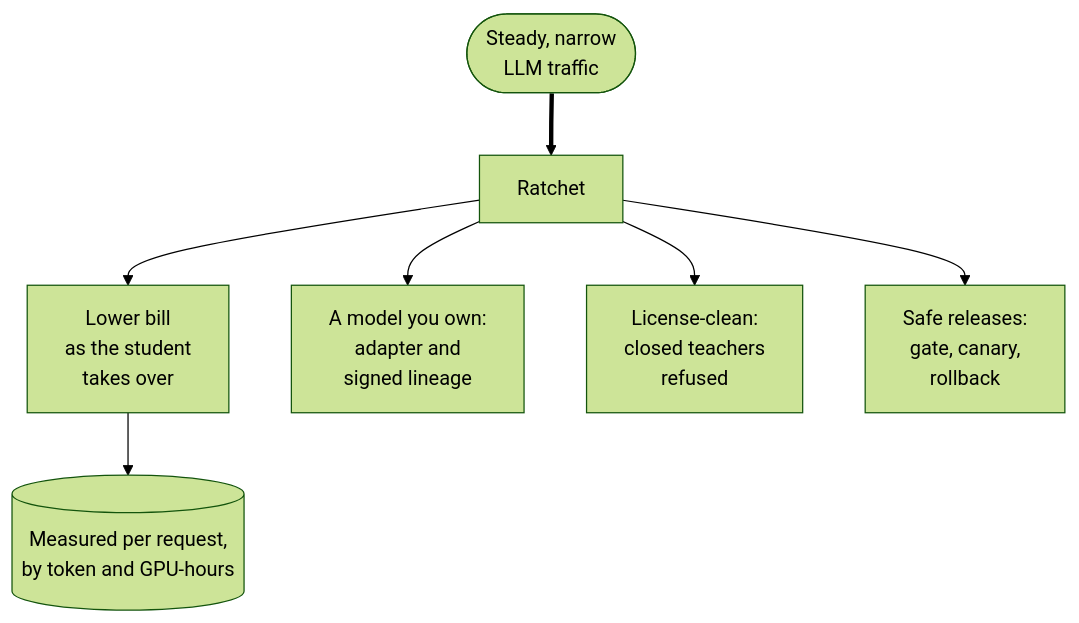
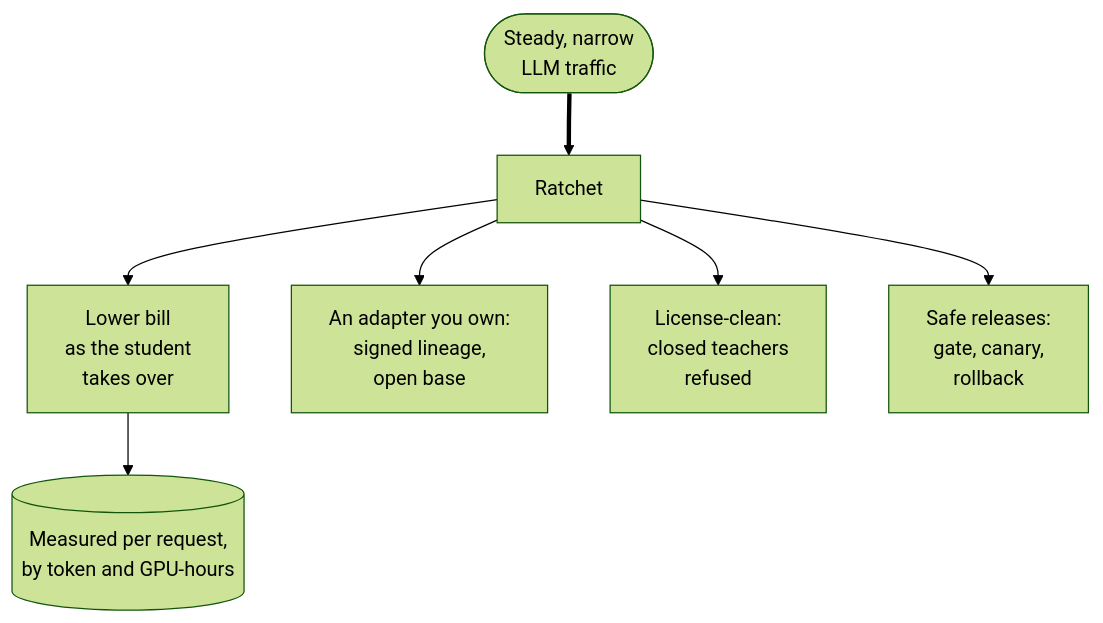
The first of 2 diagrams in docs-site/src/content/docs/guides/business.mdx (harshbhx/ratchet), drawn with Mermaid (forest theme) before and after one commit. The commit also changed other lines of this file and 155 other files, not shown here.

First line of the commit message:
Fix the review findings and add the architecture diagram (#39)

````diff
--- a/docs-site/src/content/docs/guides/business.mdx
+++ b/docs-site/src/content/docs/guides/business.mdx
@@ -35,12 +35,12 @@
 ```mermaid
 flowchart TB
   T(["Steady, narrow<br/>LLM traffic"]) ==> R["Ratchet"]
   R --> V1["Lower bill<br/>as the student<br/>takes over"]
-  R --> V2["A model you own:<br/>adapter and<br/>signed lineage"]
+  R --> V2["An adapter you own:<br/>signed lineage,<br/>open base"]
   R --> V3["License-clean:<br/>closed teachers<br/>refused"]
   R --> V4["Safe releases:<br/>gate, canary,<br/>rollback"]
   V1 --> M[("Measured per request,<br/>by token and GPU-hours")]
   class V2 student
   class V4 gate
   class M store
 ```
````
